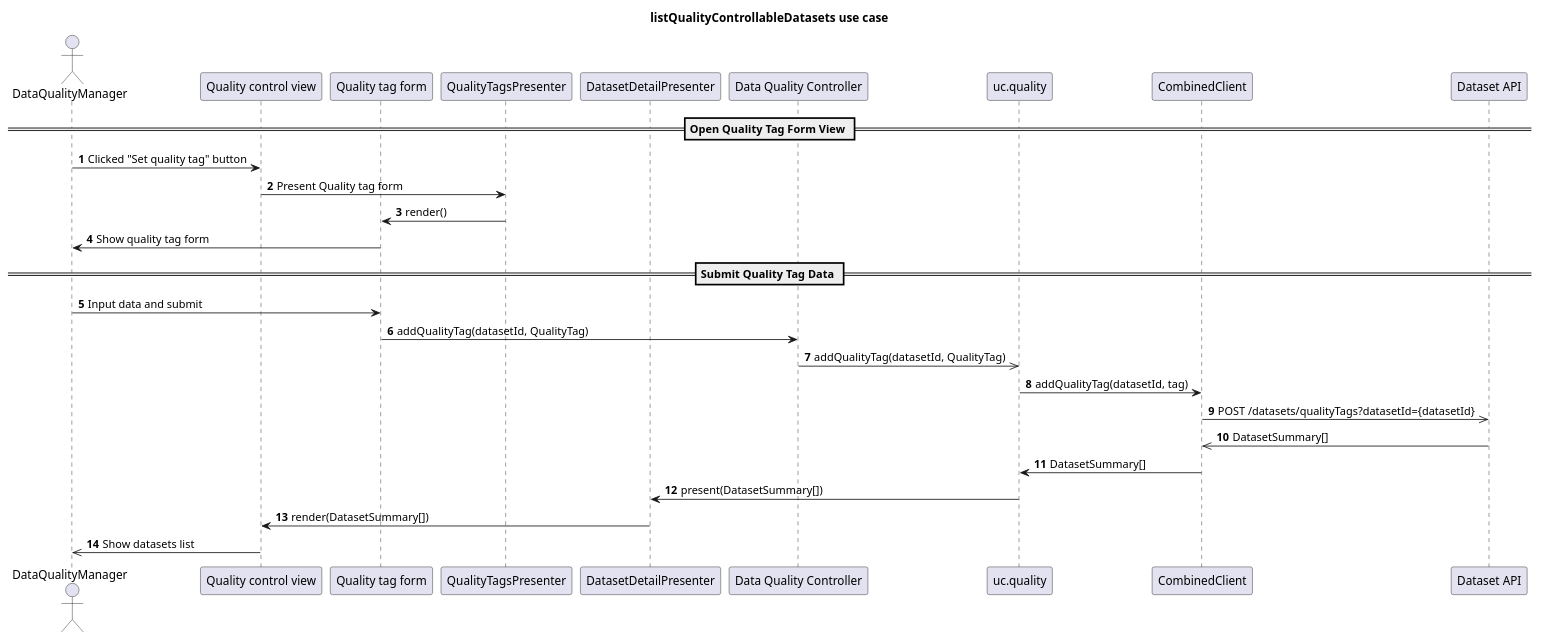
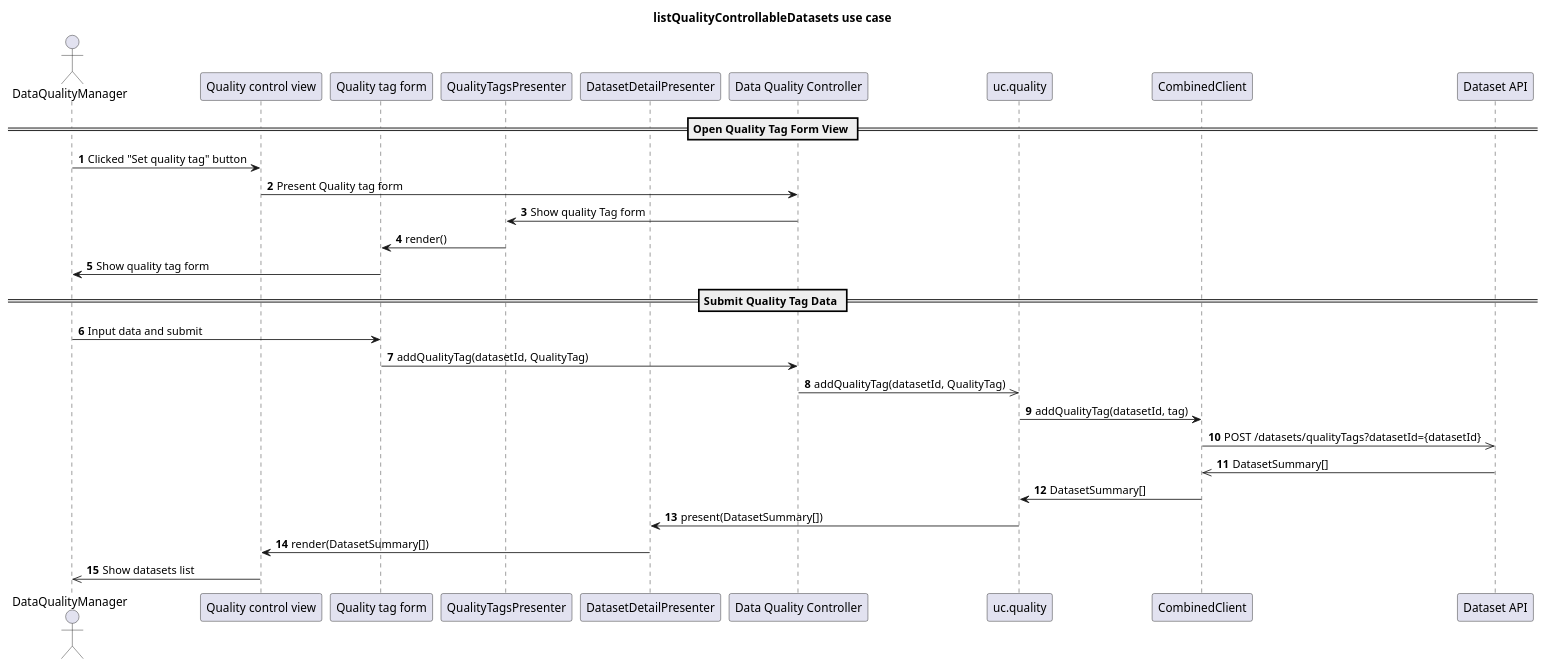
Before and after one commit to POP2025-EEPW/doorce-frontend: the diagram in diagrams/sequence/setQualityTag.puml, drawn with PlantUML. The commit also changed 8 other files, not shown here.

Commit message:
feat: add quality tag to dataset

```diff
--- a/diagrams/sequence/setQualityTag.puml
+++ b/diagrams/sequence/setQualityTag.puml
@@ -1,33 +1,34 @@
 @startuml
 title listQualityControllableDatasets use case
 autonumber
 
 actor DataQualityManager as User
 
 participant "Quality control view" as View
 participant "Quality tag form" as TagView
 participant "QualityTagsPresenter" as Presenter
 participant "DatasetDetailPresenter" as DatasetPresenter
 participant "Data Quality Controller" as Controller
 participant "uc.quality" as UseCase
 participant "CombinedClient" as Client
 participant "Dataset API" as Http
 
 == Open Quality Tag Form View ==
 User -> View : Clicked "Set quality tag" button
-View -> Presenter : Present Quality tag form
+View -> Controller : Present Quality tag form
+Controller -> Presenter : Show quality Tag form
 Presenter -> TagView : render()
 TagView -> User : Show quality tag form
 == Submit Quality Tag Data ==
 User -> TagView : Input data and submit
 TagView -> Controller : addQualityTag(datasetId, QualityTag)
 Controller ->> UseCase : addQualityTag(datasetId, QualityTag)
 UseCase -> Client : addQualityTag(datasetId, tag)
 Client ->> Http : POST /datasets/qualityTags?datasetId={datasetId}
 Http ->> Client : DatasetSummary[]
 Client -> UseCase : DatasetSummary[]
 UseCase -> DatasetPresenter : present(DatasetSummary[])
 DatasetPresenter -> View : render(DatasetSummary[])
 View ->> User : Show datasets list
 
 @enduml
```
